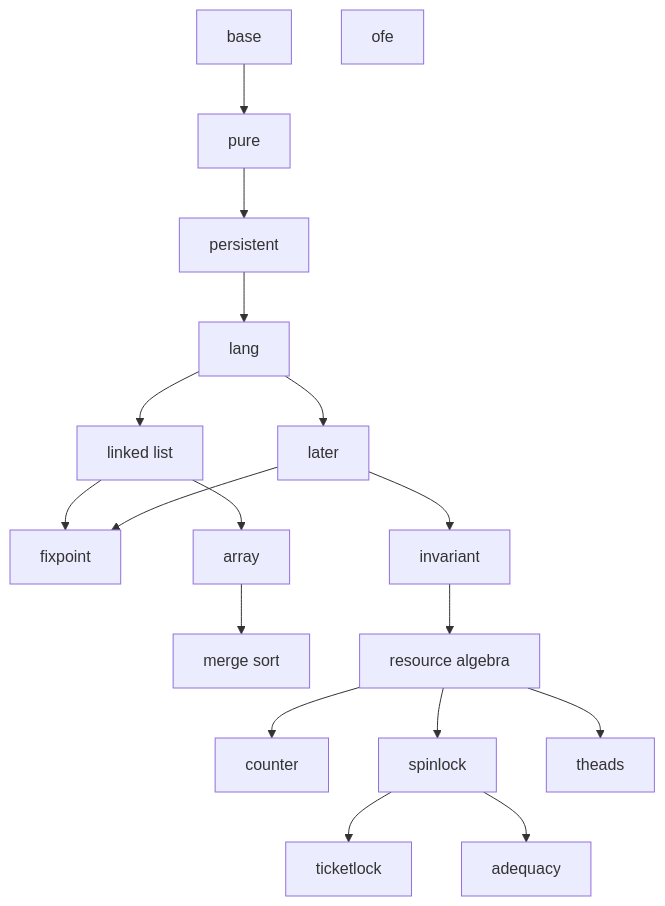
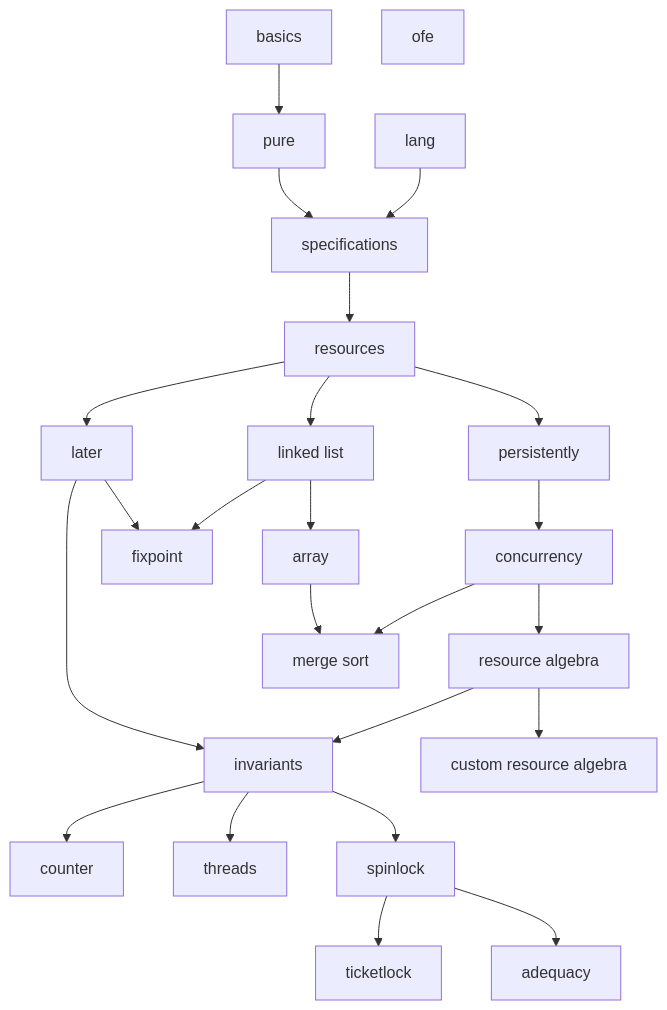
One commit to logsem/iris-tutorial changed the diagram in graph.md. Above: the diagram before and after it, drawn with Mermaid. The commit also changed 1 other file, not shown here.

Commit message:
created new tutorial structure that should allow for independence of ILN.

````diff
--- a/graph.md
+++ b/graph.md
@@ -1,26 +1,31 @@
 ```mermaid
 graph TD;
-  base --> pure;
-  pure --> pers[persistent];
+  basics --> pure;
+  pure --> specs[specifications];
+  lang --> specs;
+  specs --> resources;
+  resources --> pers[persistently];
+  resources --> later;
+  pers --> conc[concurrency];
+  conc --> ra[resource algebra];
+  later --> invariants;
+  ra --> cst_ra[custom resource algebra];
+  ra --> invariants;
 
-  pers --> lang;
-  lang --> later;
+  invariants --> counter;
+  invariants --> threads;
+  invariants --> spinlock;
 
-  lang --> linklist[linked list];
+  spinlock --> ticketlock;
+  spinlock --> adequacy;
+
+  resources --> linklist[linked list];
+  later --> fix[fixpoint];
   linklist --> fix[fixpoint];
-  later --> fix[fixpoint];
+
   linklist --> array;
   array --> merge[merge sort];
-
-  later --> inv[invariant];
-  inv --> ra[resource algebra];
-
-  ra --> counter;
-  ra --> spinlock;
-  ra --> theads;
-  spinlock --> ticketlock;
-
-  spinlock --> adequacy;
+  conc --> merge;
 
   ofe;
 ```
````
